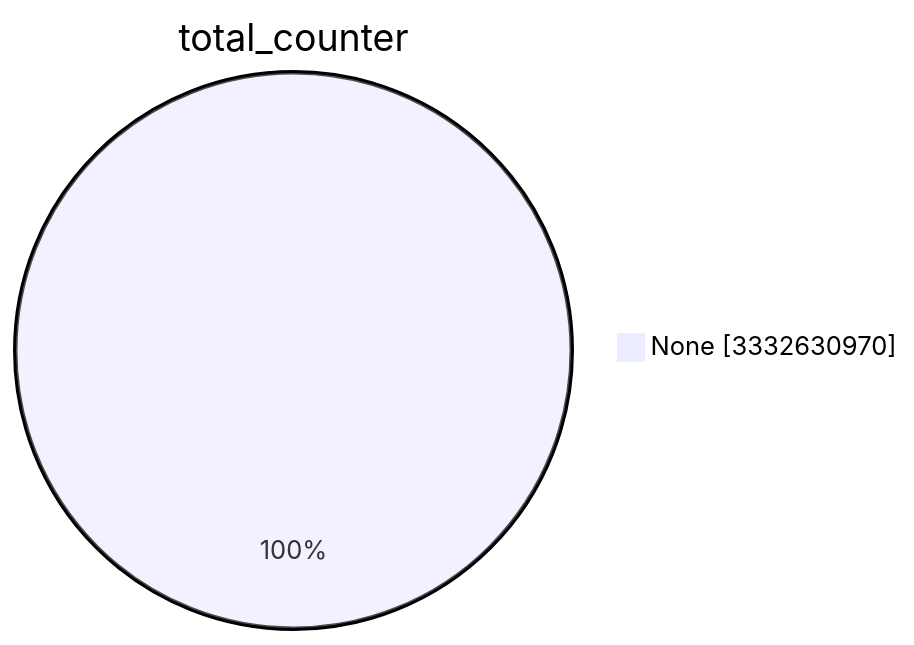
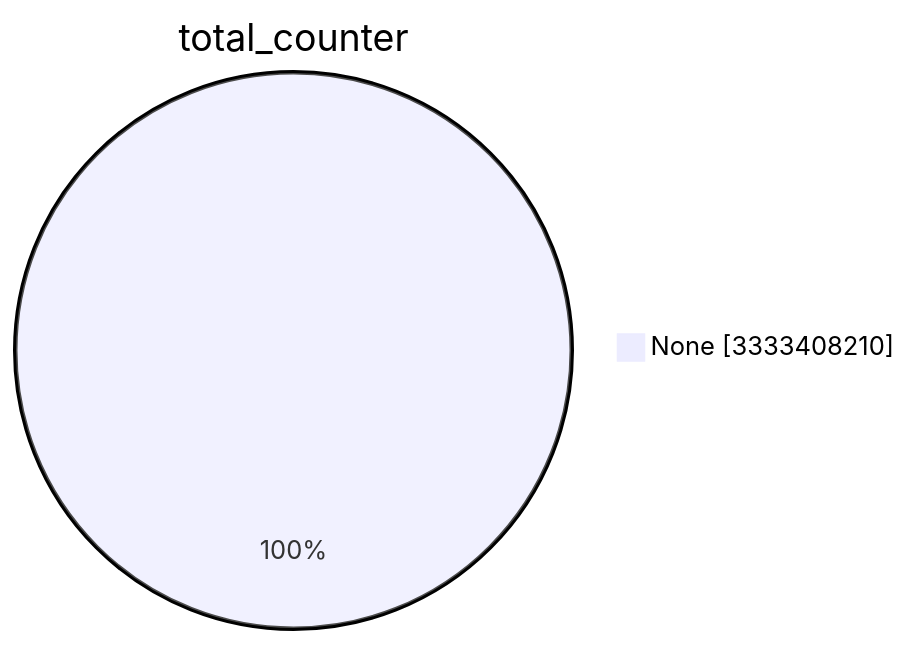
Before and after one commit to christiankrug/ctmonitor_visualization: the first of 15 diagrams in TOTAL/README.md, drawn with Mermaid. The commit also changed other lines of this file, not shown here.

````diff
--- a/TOTAL/README.md
+++ b/TOTAL/README.md
@@ -1,5 +1,5 @@
 ```mermaid
 pie showData
 title total_counter
-"None" :3332630970
+"None" :3333408210
 ```
````
